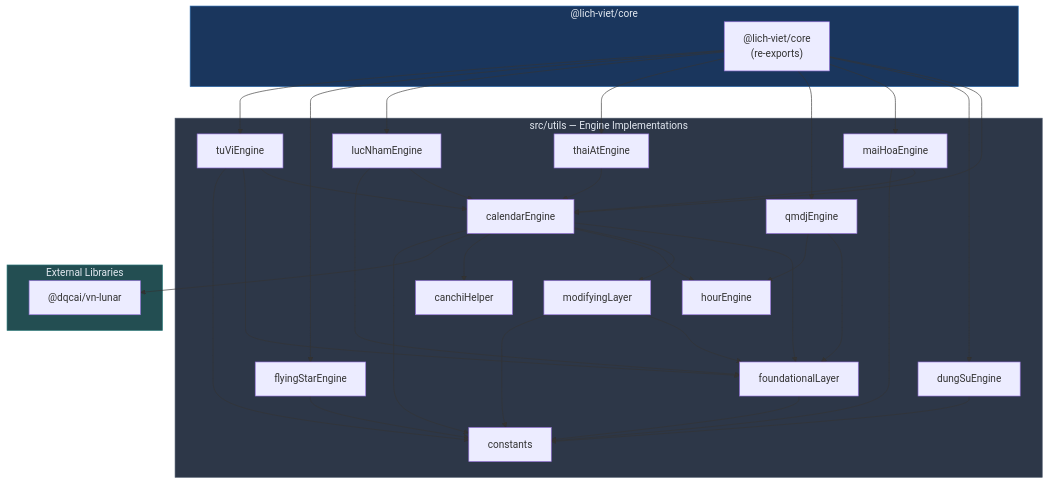
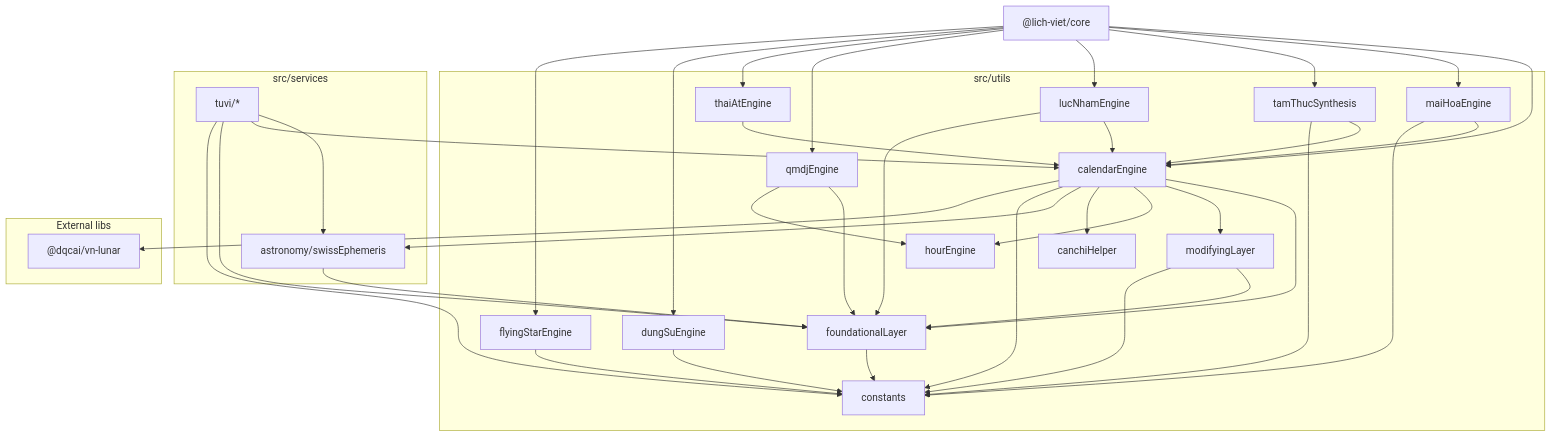
Before and after one commit to jakessteve/lich-viet: the second of 2 diagrams in docs/tech/ARCHITECTURE.md, drawn with Mermaid. The commit also changed other lines of this file and 2 other files, not shown here.

````diff
--- a/docs/tech/ARCHITECTURE.md
+++ b/docs/tech/ARCHITECTURE.md
@@ -199,45 +193,45 @@
 ```mermaid
 graph TD
-    subgraph Packages["@lich-viet/core"]
-        Core["@lich-viet/core<br/>(re-exports)"]
+    Core["@lich-viet/core"]
+
+    subgraph Utils["src/utils"]
+        Cal["calendarEngine"]
+        MaiHoa["maiHoaEngine"]
+        TamThuc["tamThucSynthesis"]
+        LucNham["lucNhamEngine"]
+        QMDJ["qmdjEngine"]
+        ThaiAt["thaiAtEngine"]
+        DungSu["dungSuEngine"]
+        FlyingStar["flyingStarEngine"]
+        Found["foundationalLayer"]
+        Mod["modifyingLayer"]
+        Hour["hourEngine"]
+        CanChi["canchiHelper"]
+        Const["constants"]
     end
 
-    subgraph Utils["src/utils — Engine Implementations"]
-        CalEngine["calendarEngine"]
-        MaiHoaEng["maiHoaEngine"]
-        LucNhamEng["lucNhamEngine"]
-        QMDJEng["qmdjEngine"]
-        ThaiAtEng["thaiAtEngine"]
-        DungSuEng["dungSuEngine"]
-        FlyingStarEng["flyingStarEngine"]
-        TuViEng["tuViEngine"]
-
-        FoundLayer["foundationalLayer"]
-        ModLayer["modifyingLayer"]
-        HourEng["hourEngine"]
-        CanChi["canchiHelper"]
-        Constants["constants"]
+    subgraph Services["src/services"]
+        Swiss["astronomy/swissEphemeris"]
+        TuVi["tuvi/*"]
     end
 
-    subgraph External["External Libraries"]
+    subgraph External["External libs"]
         VnLunar["@dqcai/vn-lunar"]
     end
 
-    Core --> CalEngine & DungSuEng & MaiHoaEng & QMDJEng & ThaiAtEng & LucNhamEng & FlyingStarEng & TuViEng
+    Core --> Cal & MaiHoa & TamThuc & LucNham & QMDJ & ThaiAt & DungSu & FlyingStar
 
-    CalEngine --> FoundLayer & ModLayer & HourEng & CanChi & VnLunar & Constants
-    MaiHoaEng --> CalEngine & Constants
-    LucNhamEng --> CalEngine & FoundLayer
-    QMDJEng --> FoundLayer & HourEng
-    ThaiAtEng --> CalEngine
-    DungSuEng --> Constants
-    FlyingStarEng --> Constants
-    TuViEng --> CalEngine & FoundLayer & Constants
+    Cal --> Found & Mod & Hour & CanChi & Swiss & Const & VnLunar
+    MaiHoa --> Cal & Const
+    TamThuc --> Cal & Const
+    LucNham --> Cal & Found
+    QMDJ --> Found & Hour
+    ThaiAt --> Cal
+    DungSu --> Const
+    FlyingStar --> Const
+    TuVi --> Swiss & Cal & Found & Const
+    Swiss --> Found
 
-    ModLayer --> FoundLayer & Constants
-    FoundLayer --> Constants
-
-    style Packages fill:#1a365d,stroke:#2b6cb0,color:#e2e8f0
-    style Utils fill:#2d3748,stroke:#4a5568,color:#e2e8f0
-    style External fill:#234e52,stroke:#2c7a7b,color:#e2e8f0
+    Found --> Const
+    Mod --> Found & Const
 ```
````
